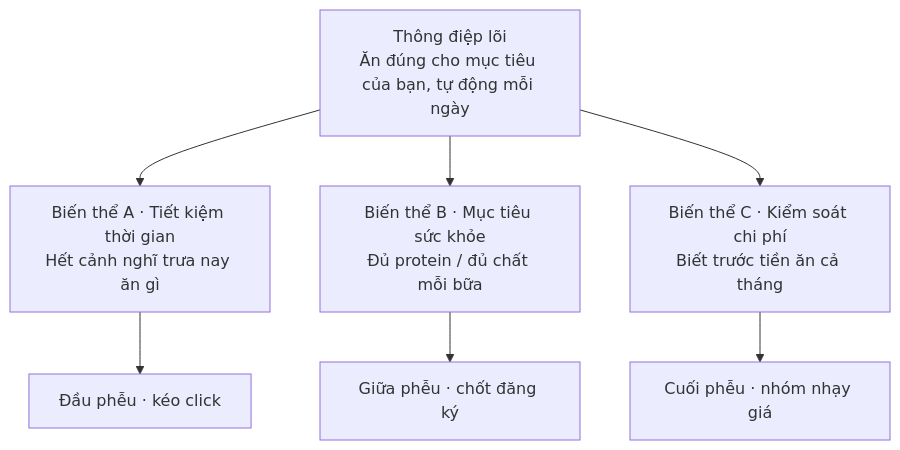
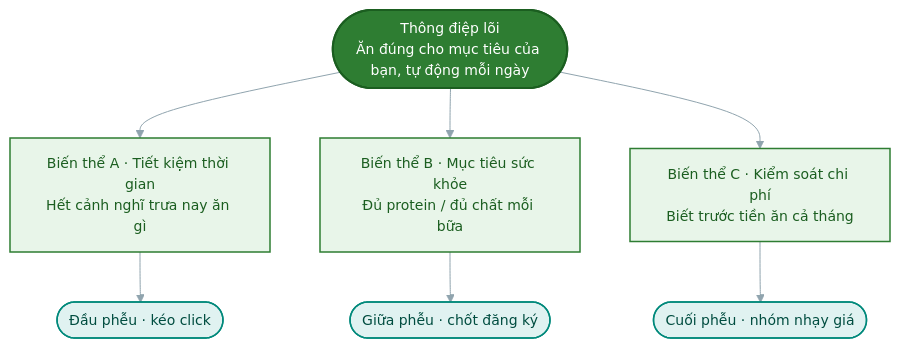
Before and after one commit to KieuDuyennn/start-up_nutriplan: the diagram in docs/PA3-quang-ba/04-dinh-vi-thong-diep.md, drawn with Mermaid.

Commit message:
style(pa3): restyle item 4 message diagram with brand palette

````diff
--- a/docs/PA3-quang-ba/04-dinh-vi-thong-diep.md
+++ b/docs/PA3-quang-ba/04-dinh-vi-thong-diep.md
@@ -59,10 +59,17 @@
 ```mermaid
+%%{init: {'theme':'base','themeVariables':{'fontFamily':'Segoe UI, Roboto, sans-serif','fontSize':'14px','lineColor':'#90A4AE'}}}%%
 flowchart TD
-  Core["Thông điệp lõi<br/>Ăn đúng cho mục tiêu của bạn, tự động mỗi ngày"]
+  Core(["Thông điệp lõi<br/>Ăn đúng cho mục tiêu của bạn, tự động mỗi ngày"])
   Core --> A["Biến thể A · Tiết kiệm thời gian<br/>Hết cảnh nghĩ trưa nay ăn gì"]
   Core --> B["Biến thể B · Mục tiêu sức khỏe<br/>Đủ protein / đủ chất mỗi bữa"]
   Core --> C["Biến thể C · Kiểm soát chi phí<br/>Biết trước tiền ăn cả tháng"]
-  A --> FA["Đầu phễu · kéo click"]
-  B --> FB["Giữa phễu · chốt đăng ký"]
-  C --> FC["Cuối phễu · nhóm nhạy giá"]
+  A --> FA(["Đầu phễu · kéo click"])
+  B --> FB(["Giữa phễu · chốt đăng ký"])
+  C --> FC(["Cuối phễu · nhóm nhạy giá"])
+  classDef core fill:#2E7D32,stroke:#1B5E20,stroke-width:2px,color:#FFFFFF;
+  classDef var fill:#E8F5E9,stroke:#2E7D32,stroke-width:1.5px,color:#1B5E20;
+  classDef stage fill:#E0F2F1,stroke:#00897B,stroke-width:1.5px,color:#004D40;
+  class Core core;
+  class A,B,C var;
+  class FA,FB,FC stage;
 ```
````
